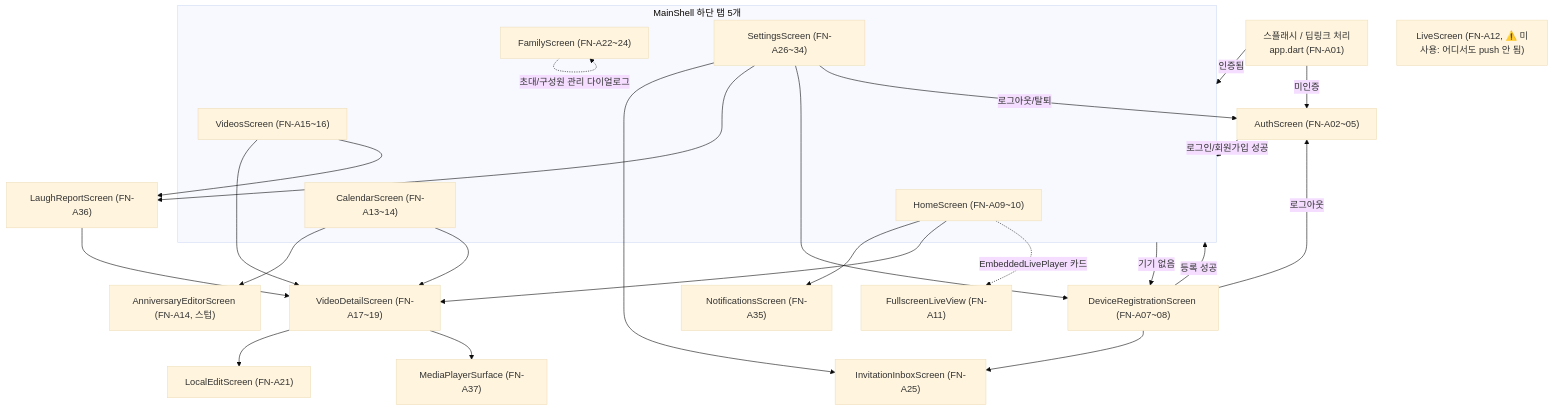
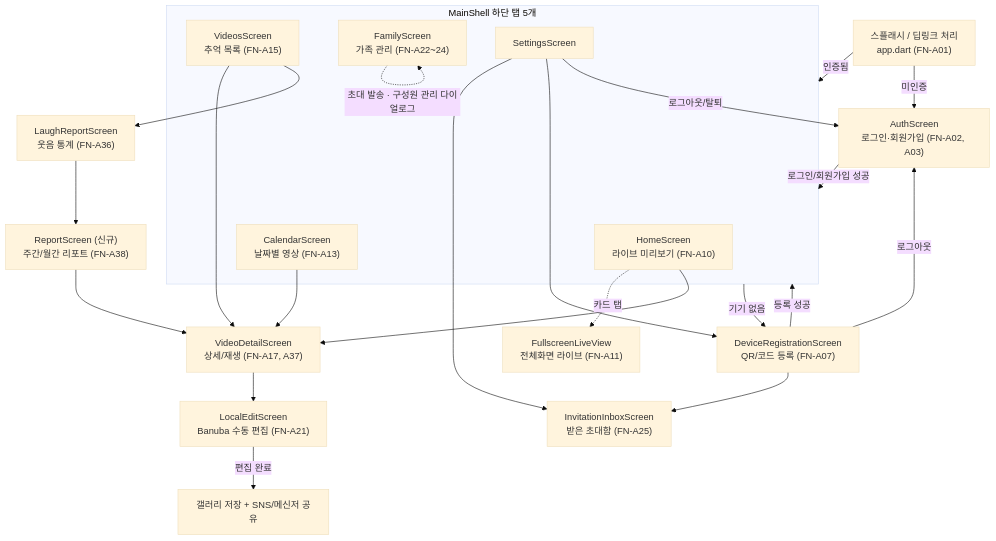
The diagram in 자료/docs/사람이 읽을 문서/03-기능명세서.md (limbs-han/Bbanggeut), drawn with Mermaid (base theme) before and after one commit. The commit also changed other lines of this file and 3 other files, not shown here.

````diff
--- a/자료/docs/사람이 읽을 문서/03-기능명세서.md
+++ b/자료/docs/사람이 읽을 문서/03-기능명세서.md
@@ -101,42 +17,36 @@
 ```mermaid
 flowchart TD
-    Splash["스플래시 / 딥링크 처리\napp.dart (FN-A01)"] -->|미인증| Auth["AuthScreen (FN-A02~05)"]
+    Splash["스플래시 / 딥링크 처리\napp.dart (FN-A01)"] -->|미인증| Auth["AuthScreen\n로그인·회원가입 (FN-A02, A03)"]
     Splash -->|인증됨| Shell["MainShell (FN-A06)"]
 
     Auth -->|로그인/회원가입 성공| Shell
-    Shell -->|기기 없음| DeviceReg["DeviceRegistrationScreen (FN-A07~08)"]
+    Shell -->|기기 없음| DeviceReg["DeviceRegistrationScreen\nQR/코드 등록 (FN-A07)"]
     DeviceReg -->|등록 성공| Shell
-    DeviceReg --> InvInbox["InvitationInboxScreen (FN-A25)"]
+    DeviceReg --> InvInbox["InvitationInboxScreen\n받은 초대함 (FN-A25)"]
     DeviceReg -->|로그아웃| Auth
 
     subgraph Shell["MainShell 하단 탭 5개"]
-        Home["HomeScreen (FN-A09~10)"]
-        Calendar["CalendarScreen (FN-A13~14)"]
-        Videos["VideosScreen (FN-A15~16)"]
-        Family["FamilyScreen (FN-A22~24)"]
-        Settings["SettingsScreen (FN-A26~34)"]
+        Home["HomeScreen\n라이브 미리보기 (FN-A10)"]
+        Calendar["CalendarScreen\n날짜별 영상 (FN-A13)"]
+        Videos["VideosScreen\n추억 목록 (FN-A15)"]
+        Family["FamilyScreen\n가족 관리 (FN-A22~24)"]
+        Settings["SettingsScreen"]
     end
 
-    Home --> Notifications["NotificationsScreen (FN-A35)"]
-    Home --> VideoDetail["VideoDetailScreen (FN-A17~19)"]
-    Home -. EmbeddedLivePlayer 카드 .-> FullscreenLive["FullscreenLiveView (FN-A11)"]
+    Home -. 카드 탭 .-> FullscreenLive["FullscreenLiveView\n전체화면 라이브 (FN-A11)"]
+    Home --> VideoDetail["VideoDetailScreen\n상세/재생 (FN-A17, A37)"]
+    Calendar --> VideoDetail
+    Videos --> VideoDetail
+    Videos --> LaughReport["LaughReportScreen\n웃음 통계 (FN-A36)"]
+    LaughReport --> ReportScreen["ReportScreen (신규)\n주간/월간 리포트 (FN-A38)"]
+    ReportScreen --> VideoDetail
 
-    Calendar --> AnniversaryEdit["AnniversaryEditorScreen (FN-A14, 스텁)"]
-    Calendar --> VideoDetail
-
-    Videos --> VideoDetail
-    Videos --> LaughReport["LaughReportScreen (FN-A36)"]
-    LaughReport --> VideoDetail
-
-    VideoDetail --> LocalEdit["LocalEditScreen (FN-A21)"]
-    VideoDetail --> MediaPlayer["MediaPlayerSurface (FN-A37)"]
+    VideoDetail --> LocalEdit["LocalEditScreen\nBanuba 수동 편집 (FN-A21)"]
+    LocalEdit -->|편집 완료| Gallery["갤러리 저장 + SNS/메신저 공유"]
 
     Settings --> InvInbox
-    Settings --> LaughReport
     Settings --> DeviceReg
     Settings -->|로그아웃/탈퇴| Auth
 
-    Family -.->|초대/구성원 관리 다이얼로그| Family
-
-    LiveScreenUnused["LiveScreen (FN-A12, ⚠️ 미사용: 어디서도 push 안 됨)"]
+    Family -.->|초대 발송 · 구성원 관리 다이얼로그| Family
 ```
````
